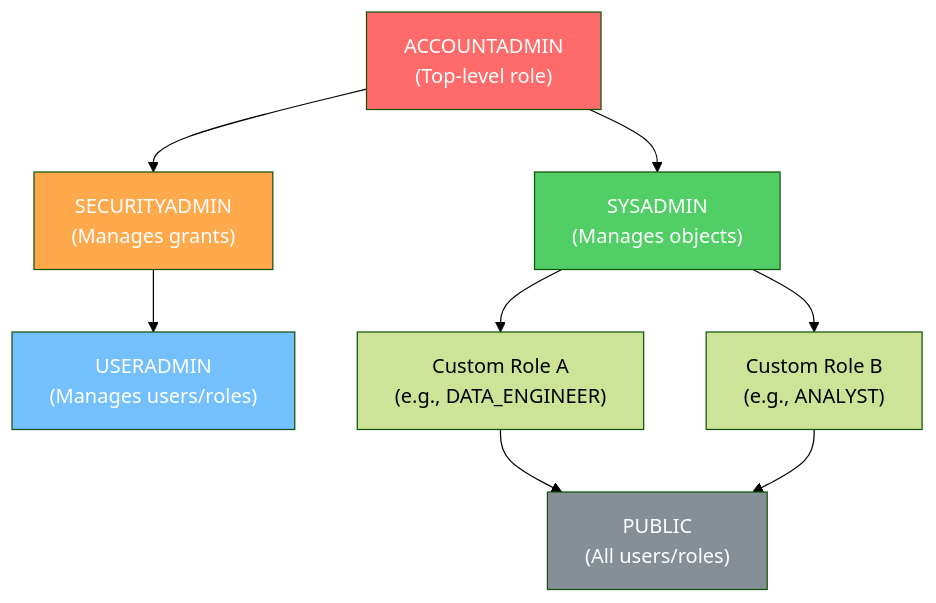
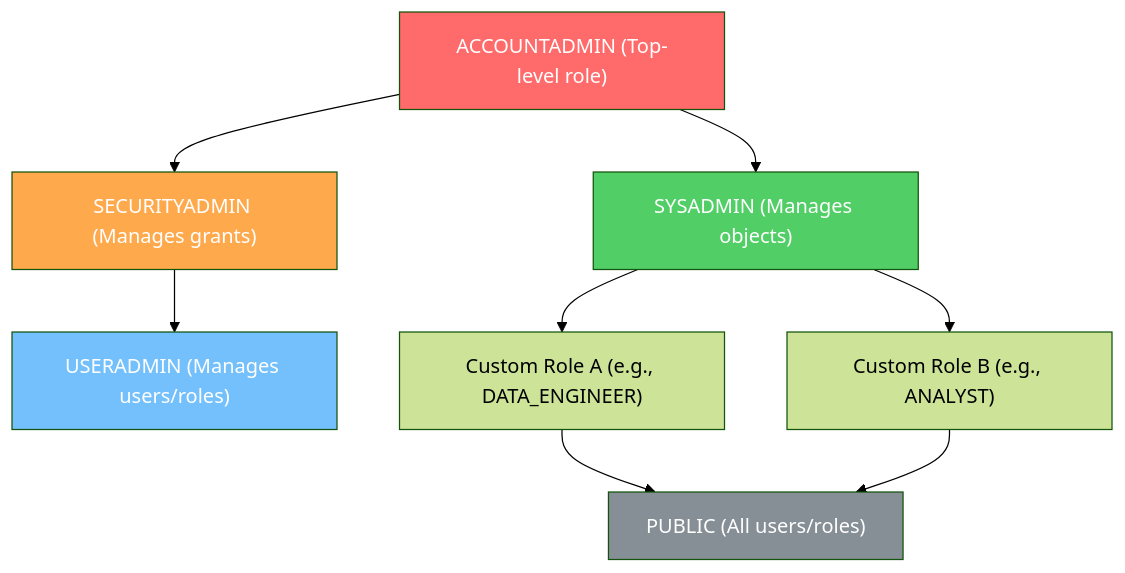
Before and after one commit to harishupadrasta/snowPro-Core: the diagram in 2_Account_Management_and_Data_Governance/2.1_Access_Control_and_RBAC.md, drawn with Mermaid (forest theme). The commit also changed 16 other files, not shown here.

First line of the commit message:
Fix mermaid diagrams: replace <br/> with spaces for GitHub rendering

````diff
--- a/2_Account_Management_and_Data_Governance/2.1_Access_Control_and_RBAC.md
+++ b/2_Account_Management_and_Data_Governance/2.1_Access_Control_and_RBAC.md
@@ -46,24 +46,24 @@
 ```mermaid
 graph TD
-    ACCOUNTADMIN["ACCOUNTADMIN<br/>(Top-level role)"]
-    SECURITYADMIN["SECURITYADMIN<br/>(Manages grants)"]
-    SYSADMIN["SYSADMIN<br/>(Manages objects)"]
-    USERADMIN["USERADMIN<br/>(Manages users/roles)"]
-    CUSTOM_A["Custom Role A<br/>(e.g., DATA_ENGINEER)"]
-    CUSTOM_B["Custom Role B<br/>(e.g., ANALYST)"]
-    PUBLIC["PUBLIC<br/>(All users/roles)"]
+    ACCOUNTADMIN["ACCOUNTADMIN (Top-level role)"]
+    SECURITYADMIN["SECURITYADMIN (Manages grants)"]
+    SYSADMIN["SYSADMIN (Manages objects)"]
+    USERADMIN["USERADMIN (Manages users/roles)"]
+    CUSTOM_A["Custom Role A (e.g., DATA_ENGINEER)"]
+    CUSTOM_B["Custom Role B (e.g., ANALYST)"]
+    PUBLIC["PUBLIC (All users/roles)"]
 
     ACCOUNTADMIN --> SECURITYADMIN
     ACCOUNTADMIN --> SYSADMIN
     SECURITYADMIN --> USERADMIN
     SYSADMIN --> CUSTOM_A
     SYSADMIN --> CUSTOM_B
     CUSTOM_A --> PUBLIC
     CUSTOM_B --> PUBLIC
 
     style ACCOUNTADMIN fill:#ff6b6b,color:#fff
     style SECURITYADMIN fill:#ffa94d,color:#fff
     style SYSADMIN fill:#51cf66,color:#fff
     style USERADMIN fill:#74c0fc,color:#fff
     style PUBLIC fill:#868e96,color:#fff
 ```
````
